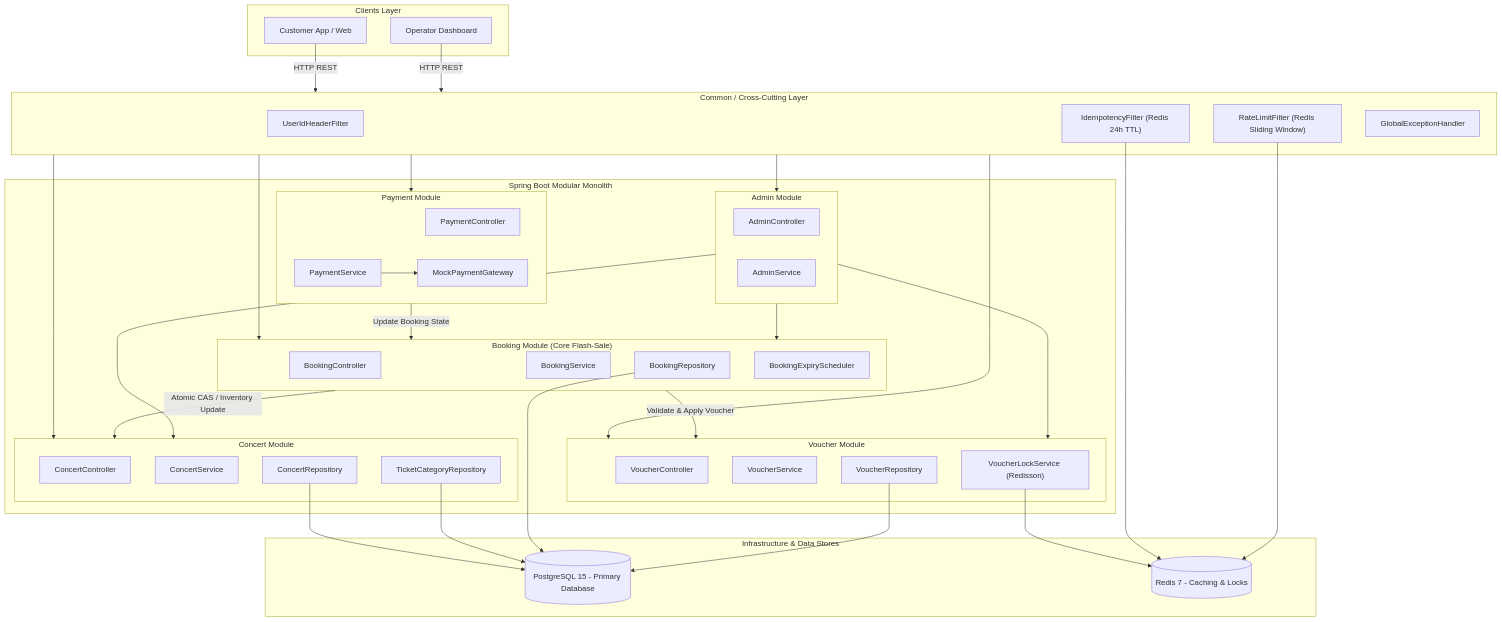
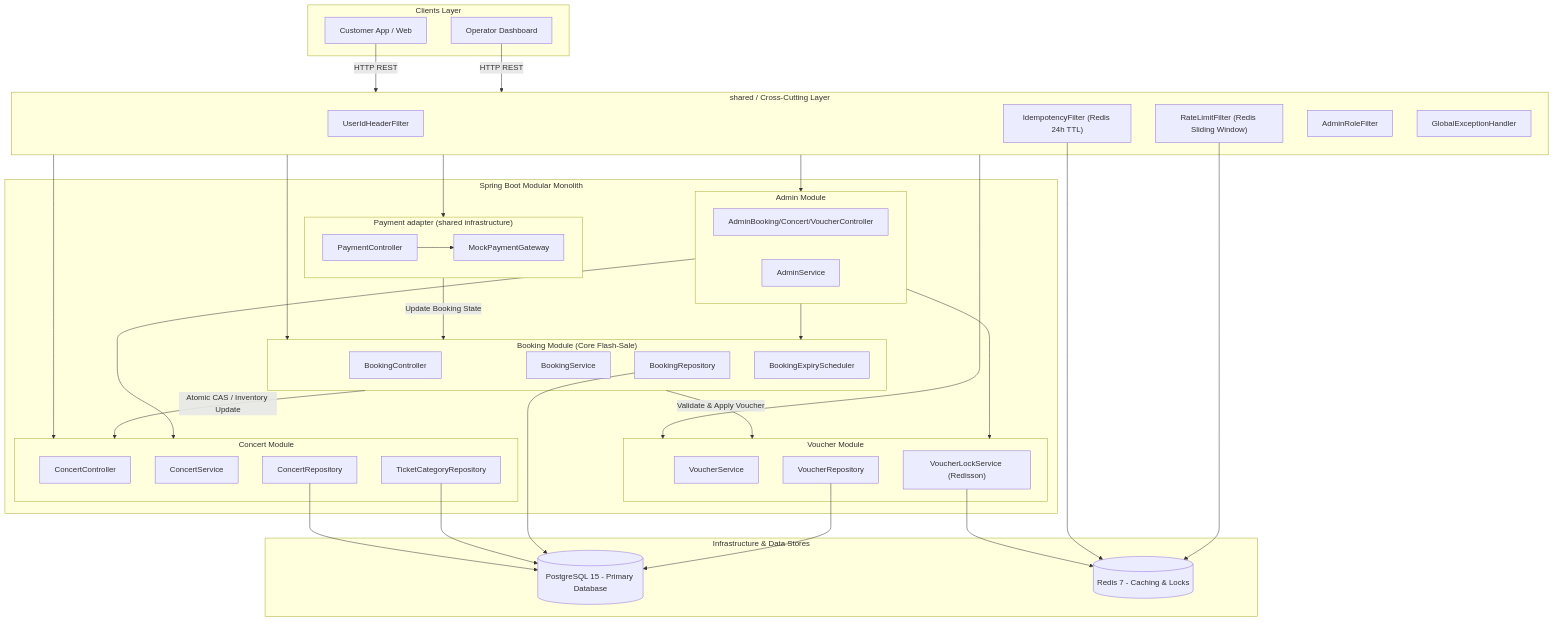
One commit to tcminh1405/geekup-event-ticket-booking changed the first of 3 diagrams in docs/SYSTEM-DESIGN.md. Above: the diagram before and after it, drawn with Mermaid. The commit also changed other lines of this file and 11 other files, not shown here.

````diff
--- a/docs/SYSTEM-DESIGN.md
+++ b/docs/SYSTEM-DESIGN.md
@@ -54,71 +60,70 @@
 ```mermaid
 flowchart TD
     subgraph Clients ["Clients Layer"]
         C["Customer App / Web"]
         O["Operator Dashboard"]
     end
 
-    subgraph CrossCutting ["Common / Cross-Cutting Layer"]
+    subgraph CrossCutting ["shared / Cross-Cutting Layer"]
         UH["UserIdHeaderFilter"]
         RL["RateLimitFilter (Redis Sliding Window)"]
         IF["IdempotencyFilter (Redis 24h TTL)"]
+        AR["AdminRoleFilter"]
         GEH["GlobalExceptionHandler"]
     end
 
     subgraph ModularMonolith ["Spring Boot Modular Monolith"]
         subgraph ConcertModule ["Concert Module"]
             CC["ConcertController"]
             CS["ConcertService"]
             CR["ConcertRepository"]
             TCR["TicketCategoryRepository"]
         end
 
         subgraph BookingModule ["Booking Module (Core Flash-Sale)"]
             BC["BookingController"]
             BS["BookingService"]
             BR["BookingRepository"]
             EX["BookingExpiryScheduler"]
         end
 
         subgraph VoucherModule ["Voucher Module"]
-            VC["VoucherController"]
             VS["VoucherService"]
             VL["VoucherLockService (Redisson)"]
             VR["VoucherRepository"]
         end
 
-        subgraph PaymentModule ["Payment Module"]
+        subgraph PaymentInfrastructure ["Payment adapter (shared infrastructure)"]
             PC["PaymentController"]
-            PS["PaymentService"]
             PG["MockPaymentGateway"]
         end
 
         subgraph AdminModule ["Admin Module"]
-            AC["AdminController"]
+            AC["AdminBooking/Concert/VoucherController"]
             AS["AdminService"]
         end
     end
 
     subgraph DataStores ["Infrastructure & Data Stores"]
         DB[(PostgreSQL 15 - Primary Database)]
         RD[(Redis 7 - Caching & Locks)]
     end
 
     C -->|"HTTP REST"| CrossCutting
     O -->|"HTTP REST"| CrossCutting
 
     CrossCutting --> ConcertModule
     CrossCutting --> BookingModule
     CrossCutting --> VoucherModule
-    CrossCutting --> PaymentModule
+    CrossCutting --> PaymentInfrastructure
     CrossCutting --> AdminModule
 
     BookingModule -->|"Atomic CAS / Inventory Update"| ConcertModule
     BookingModule -->|"Validate & Apply Voucher"| VoucherModule
-    PaymentModule -->|"Update Booking State"| BookingModule
+    PaymentInfrastructure -->|"Update Booking State"| BookingModule
     AdminModule --> ConcertModule & BookingModule & VoucherModule
 
     CR & TCR & BR & VR --> DB
     VL & IF & RL --> RD
-    PS --> PG
+    PC --> PG
 ```
````
